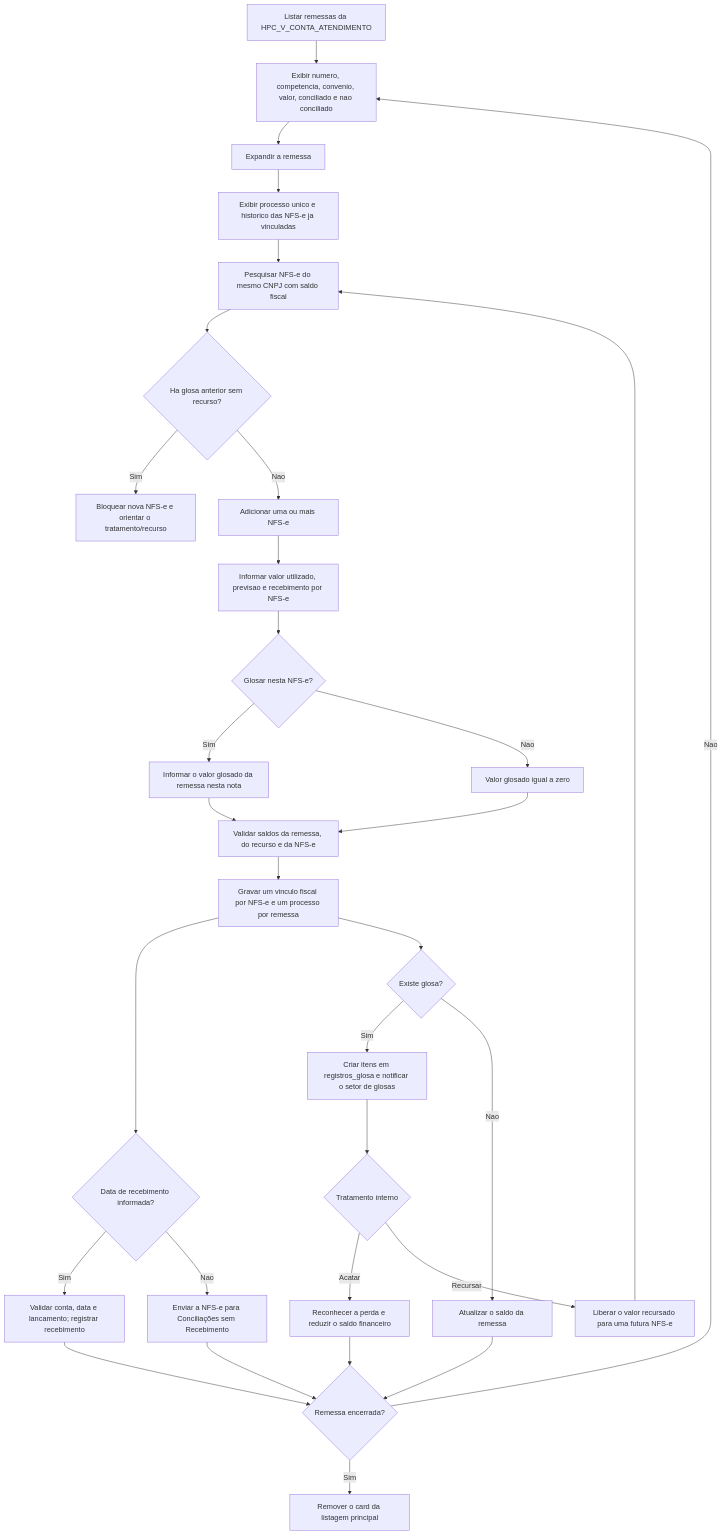
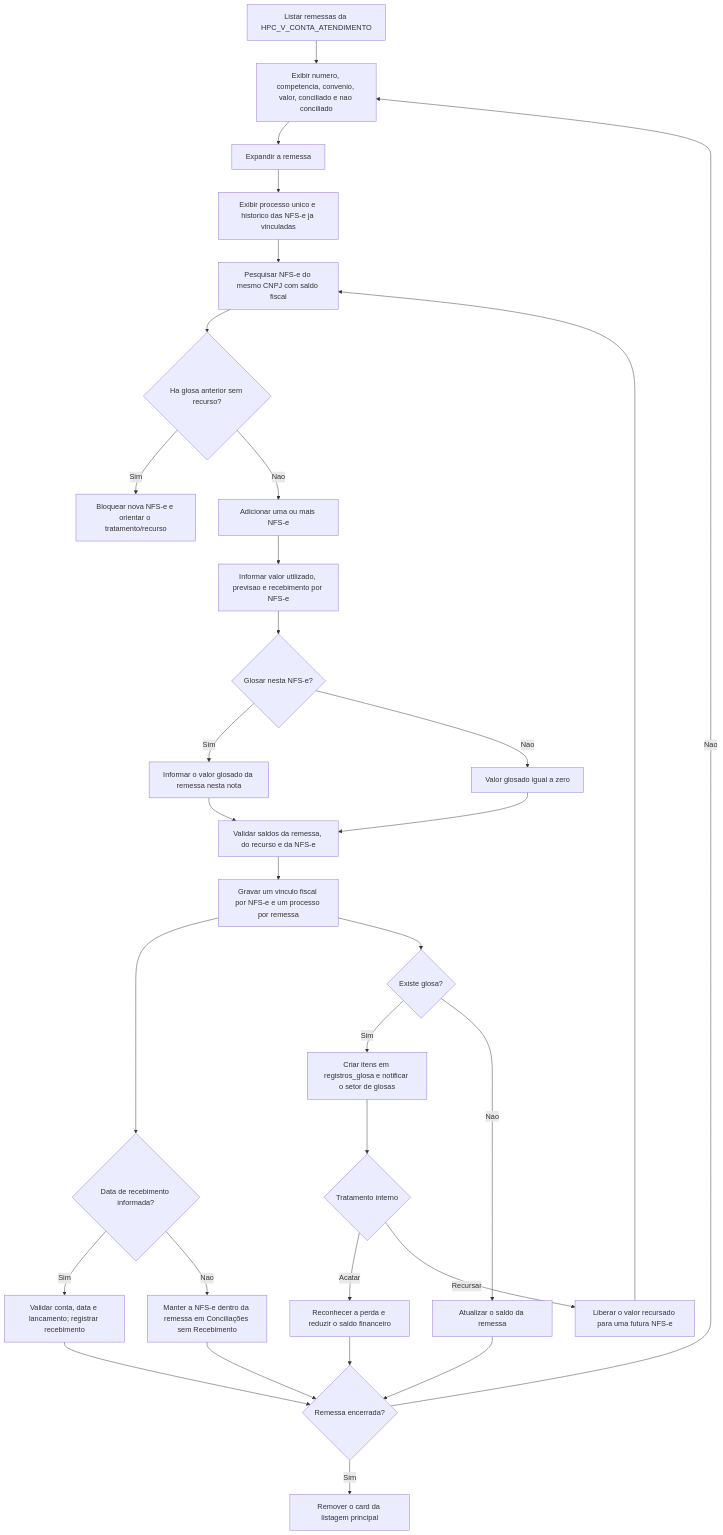
One commit to AmorimEureka/api_prontocardio changed the diagram in README.md. Above: the diagram before and after it, drawn with Mermaid. The commit also changed other lines of this file and 3 other files, not shown here.

````diff
--- a/README.md
+++ b/README.md
@@ -113,33 +113,33 @@
 ```mermaid
 flowchart TD
     A["Listar remessas da HPC_V_CONTA_ATENDIMENTO"] --> B["Exibir numero, competencia, convenio, valor, conciliado e nao conciliado"]
     B --> C["Expandir a remessa"]
     C --> D["Exibir processo unico e historico das NFS-e ja vinculadas"]
     D --> E["Pesquisar NFS-e do mesmo CNPJ com saldo fiscal"]
     E --> F{"Ha glosa anterior sem recurso?"}
     F -- "Sim" --> FX["Bloquear nova NFS-e e orientar o tratamento/recurso"]
     F -- "Nao" --> G["Adicionar uma ou mais NFS-e"]
     G --> H["Informar valor utilizado, previsao e recebimento por NFS-e"]
     H --> I{"Glosar nesta NFS-e?"}
     I -- "Sim" --> J["Informar o valor glosado da remessa nesta nota"]
     I -- "Nao" --> K["Valor glosado igual a zero"]
     J --> L["Validar saldos da remessa, do recurso e da NFS-e"]
     K --> L
     L --> M["Gravar um vinculo fiscal por NFS-e e um processo por remessa"]
     M --> N{"Data de recebimento informada?"}
     N -- "Sim" --> O["Validar conta, data e lancamento; registrar recebimento"]
-    N -- "Nao" --> P["Enviar a NFS-e para Conciliações sem Recebimento"]
+    N -- "Nao" --> P["Manter a NFS-e dentro da remessa em Conciliações sem Recebimento"]
     M --> Q{"Existe glosa?"}
     Q -- "Sim" --> R["Criar itens em registros_glosa e notificar o setor de glosas"]
     Q -- "Nao" --> S["Atualizar o saldo da remessa"]
     R --> T{"Tratamento interno"}
     T -- "Acatar" --> U["Reconhecer a perda e reduzir o saldo financeiro"]
     T -- "Recursar" --> V["Liberar o valor recursado para uma futura NFS-e"]
     V --> E
     U --> W{"Remessa encerrada?"}
     S --> W
     O --> W
     P --> W
     W -- "Nao" --> B
     W -- "Sim" --> X["Remover o card da listagem principal"]
 ```
````
